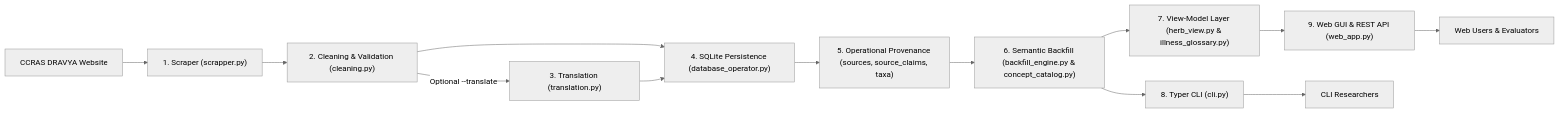
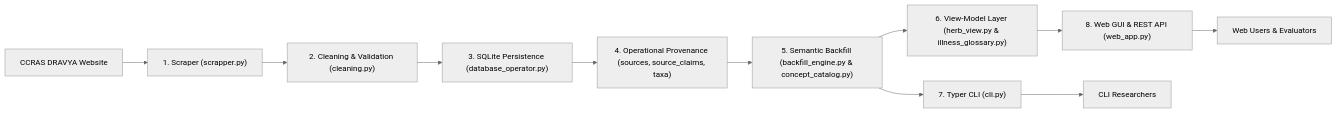
The second of 3 diagrams in README.md (SemwalAkhil/NITT-PSP-Project), drawn with Mermaid (neutral theme) before and after one commit. The commit also changed other lines of this file and 12 other files, not shown here.

Commit message:
Task 2: Remove machine-translation feature, translation.py, and [translate] extra

````diff
--- a/README.md
+++ b/README.md
@@ -99,15 +99,13 @@
 ```mermaid
 flowchart LR
     SRC["CCRAS DRAVYA Website"] --> SCRAPE["1. Scraper (scrapper.py)"]
     SCRAPE --> CLEAN["2. Cleaning & Validation (cleaning.py)"]
-    CLEAN -->|Optional --translate| TRANS["3. Translation (translation.py)"]
-    CLEAN --> SQLITE["4. SQLite Persistence (database_operator.py)"]
-    TRANS --> SQLITE
-    SQLITE --> STAGE_B["5. Operational Provenance (sources, source_claims, taxa)"]
-    STAGE_B --> STAGE_C["6. Semantic Backfill (backfill_engine.py & concept_catalog.py)"]
-    STAGE_C --> VIEW["7. View-Model Layer (herb_view.py & illness_glossary.py)"]
-    STAGE_C --> CLI["8. Typer CLI (cli.py)"]
-    VIEW --> WEB["9. Web GUI & REST API (web_app.py)"]
+    CLEAN --> SQLITE["3. SQLite Persistence (database_operator.py)"]
+    SQLITE --> STAGE_B["4. Operational Provenance (sources, source_claims, taxa)"]
+    STAGE_B --> STAGE_C["5. Semantic Backfill (backfill_engine.py & concept_catalog.py)"]
+    STAGE_C --> VIEW["6. View-Model Layer (herb_view.py & illness_glossary.py)"]
+    STAGE_C --> CLI["7. Typer CLI (cli.py)"]
+    VIEW --> WEB["8. Web GUI & REST API (web_app.py)"]
     CLI --> USERS["CLI Researchers"]
     WEB --> BROWSERS["Web Users & Evaluators"]
 ```
````
